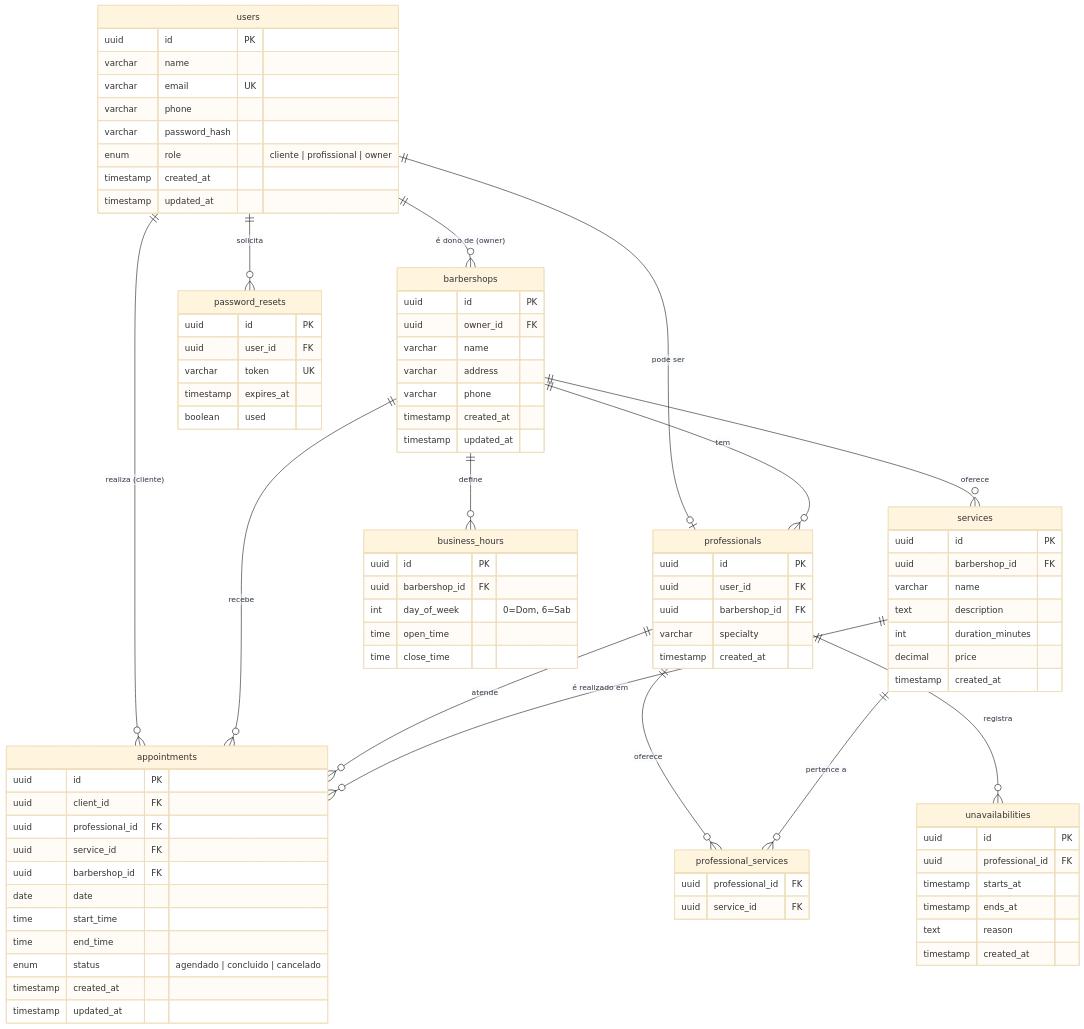
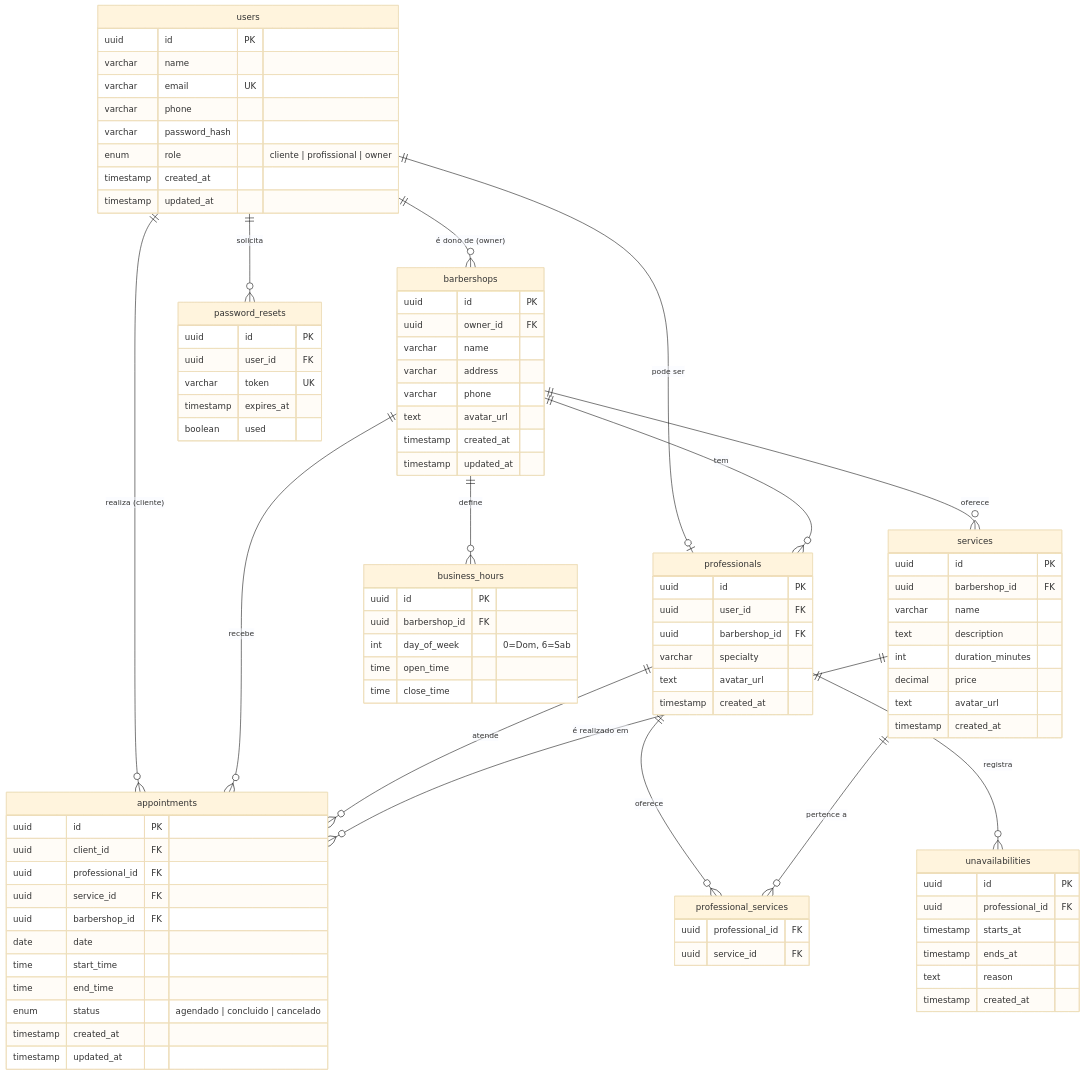
The diagram in docs/architecture/diagrams/database-diagram.md (jose2gabriel/BarberAgenda), drawn with Mermaid (base theme) before and after one commit. The commit also changed other lines of this file and 7 other files, not shown here.

```diff
--- a/docs/architecture/diagrams/database-diagram.md
+++ b/docs/architecture/diagrams/database-diagram.md
@@ -23,6 +23,7 @@
         varchar name
         varchar address
         varchar phone
+        text avatar_url
         timestamp created_at
         timestamp updated_at
     }
@@ -32,6 +33,7 @@
         uuid user_id FK
         uuid barbershop_id FK
         varchar specialty
+        text avatar_url
         timestamp created_at
     }
 
@@ -42,6 +44,7 @@
         text description
         int duration_minutes
         decimal price
+        text avatar_url
         timestamp created_at
     }
 
```
